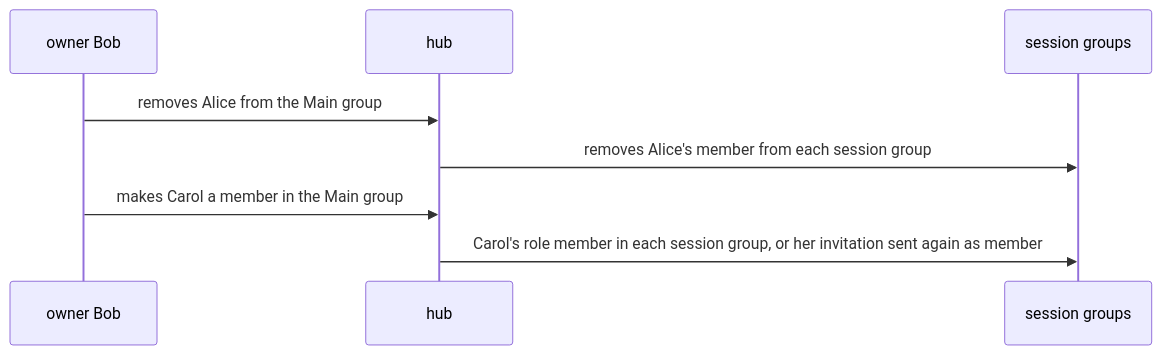
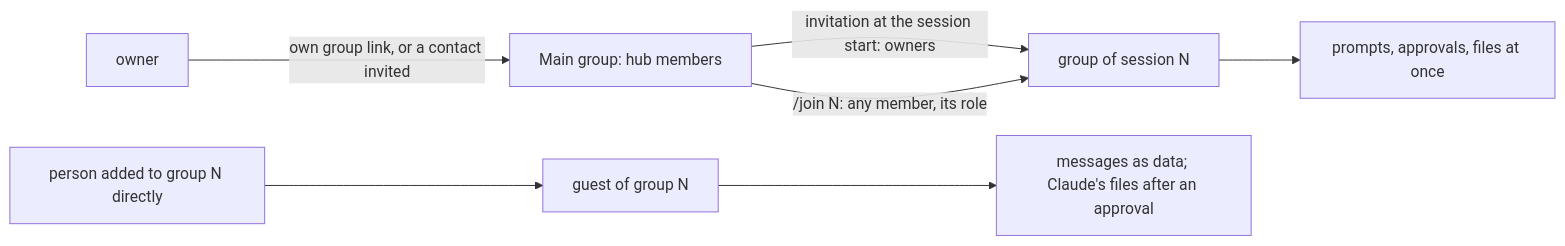
The sixth of 20 diagrams in plans/2026-11-07-mcp-claude-code-channel.md (simplex-chat/simplex-chat), drawn with Mermaid before and after one commit. The commit also changed other lines of this file, not shown here.

First line of the commit message:
plan: trust model of the Main group; review-driven changes removed

````diff
--- a/plans/2026-11-07-mcp-claude-code-channel.md
+++ b/plans/2026-11-07-mcp-claude-code-channel.md
@@ -333,10 +302,9 @@
 ```mermaid
-sequenceDiagram
-  participant B as owner Bob
-  participant H as hub
-  participant G as session groups
-  B->>H: removes Alice from the Main group
-  H->>G: removes Alice's member from each session group
-  B->>H: makes Carol a member in the Main group
-  H->>G: Carol's role member in each session group, or her invitation sent again as member
+flowchart LR
+  O[owner] -- own group link, or a contact invited --> M[Main group: hub members]
+  M -- invitation at the session start: owners --> G[group of session N]
+  M -- /join N: any member, its role --> G
+  X[person added to group N directly] --> Q[guest of group N]
+  G --> A[prompts, approvals, files at once]
+  Q --> B[messages as data; Claude's files after an approval]
 ```
````
